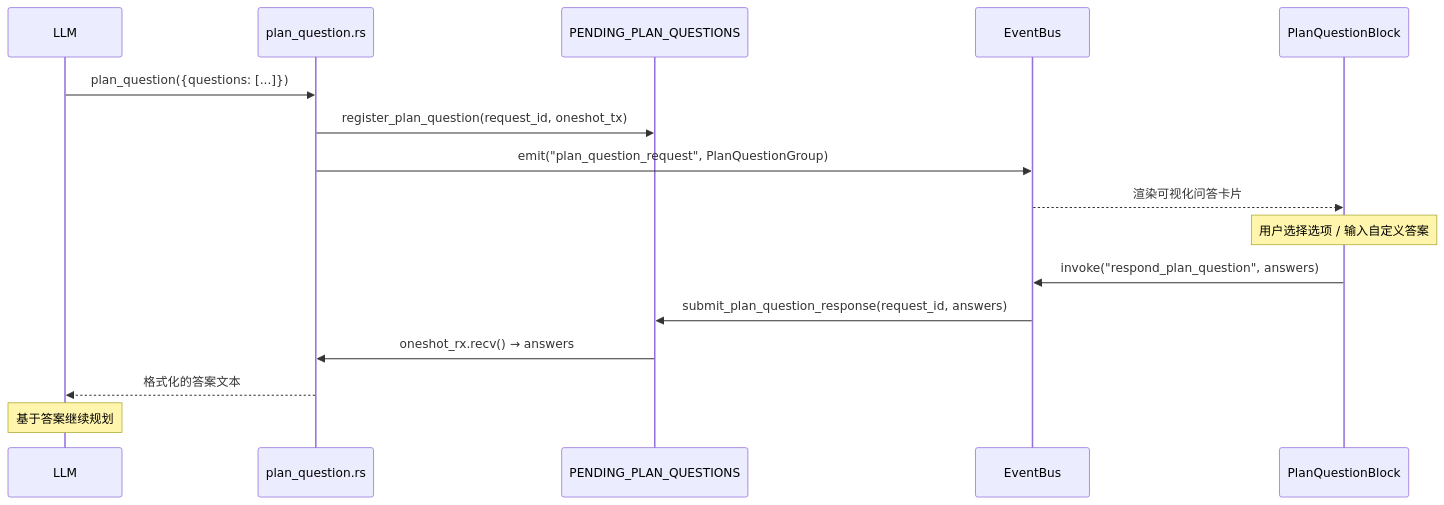
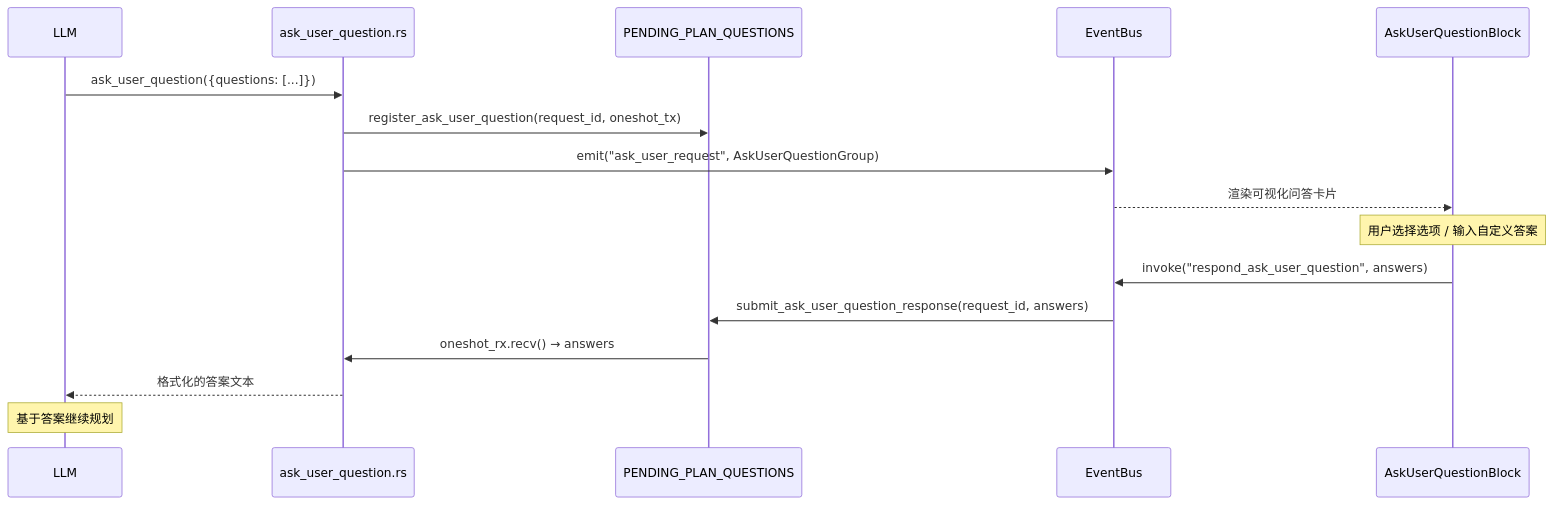
Before and after one commit to shiwenwen/hope-agent: the fourth of 16 diagrams in docs/architecture/plan-mode.md, drawn with Mermaid. The commit also changed other lines of this file and 39 other files, not shown here.

First line of the commit message:
refactor: 移除 plan_question 旧名兼容，统一为 ask_user_question

````diff
--- a/docs/architecture/plan-mode.md
+++ b/docs/architecture/plan-mode.md
@@ -482,22 +482,22 @@
 ```mermaid
 sequenceDiagram
     participant LLM
-    participant Tool as plan_question.rs
+    participant Tool as ask_user_question.rs
     participant Registry as PENDING_PLAN_QUESTIONS
     participant EventBus as EventBus
-    participant UI as PlanQuestionBlock
+    participant UI as AskUserQuestionBlock
 
-    LLM->>Tool: plan_question({questions: [...]})
-    Tool->>Registry: register_plan_question(request_id, oneshot_tx)
-    Tool->>EventBus: emit("plan_question_request", PlanQuestionGroup)
+    LLM->>Tool: ask_user_question({questions: [...]})
+    Tool->>Registry: register_ask_user_question(request_id, oneshot_tx)
+    Tool->>EventBus: emit("ask_user_request", AskUserQuestionGroup)
     EventBus-->>UI: 渲染可视化问答卡片
 
     Note over UI: 用户选择选项 / 输入自定义答案
 
-    UI->>EventBus: invoke("respond_plan_question", answers)
-    EventBus->>Registry: submit_plan_question_response(request_id, answers)
+    UI->>EventBus: invoke("respond_ask_user_question", answers)
+    EventBus->>Registry: submit_ask_user_question_response(request_id, answers)
     Registry->>Tool: oneshot_rx.recv() → answers
 
     Tool-->>LLM: 格式化的答案文本
     Note over LLM: 基于答案继续规划
 ```
````
